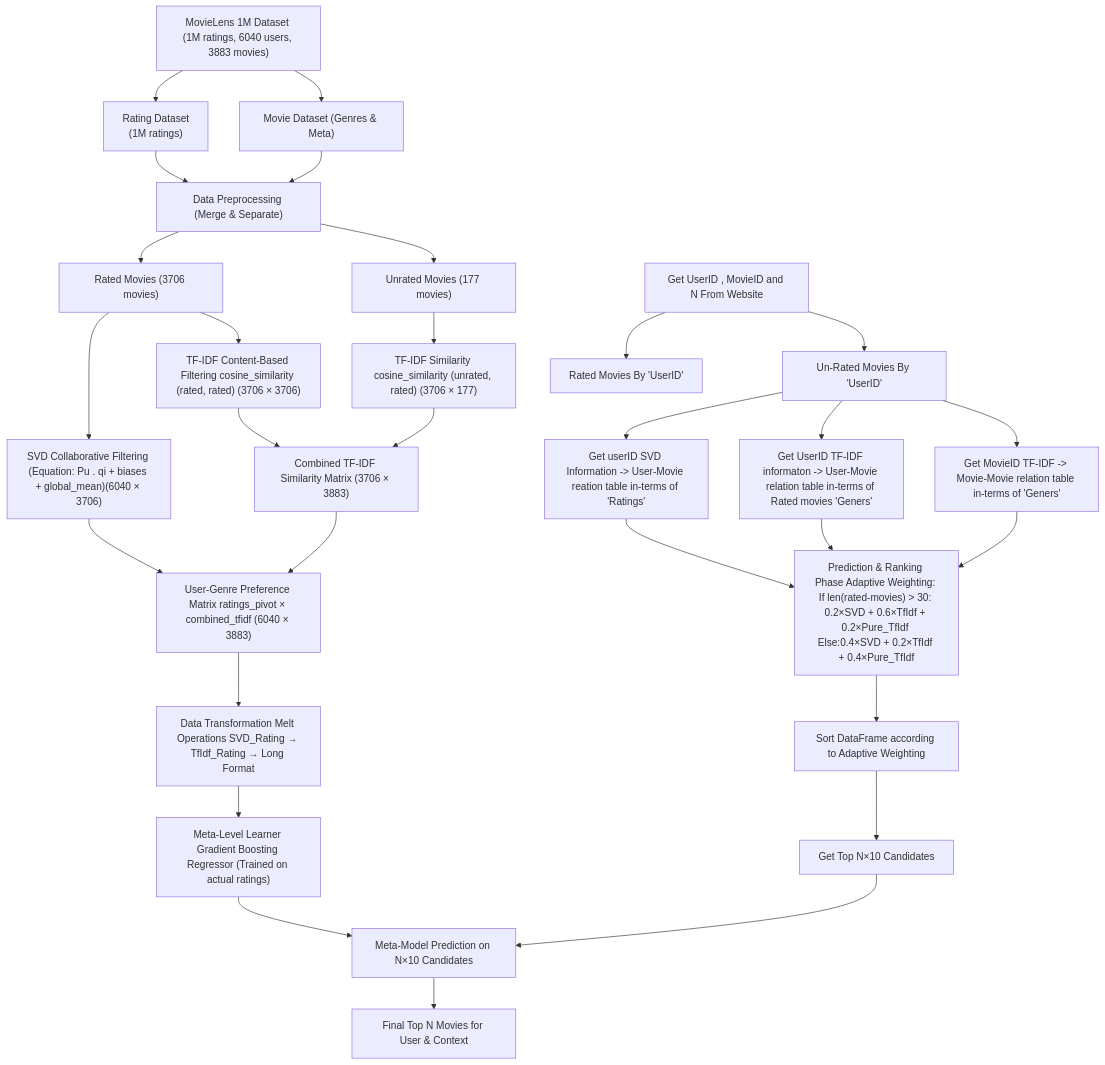
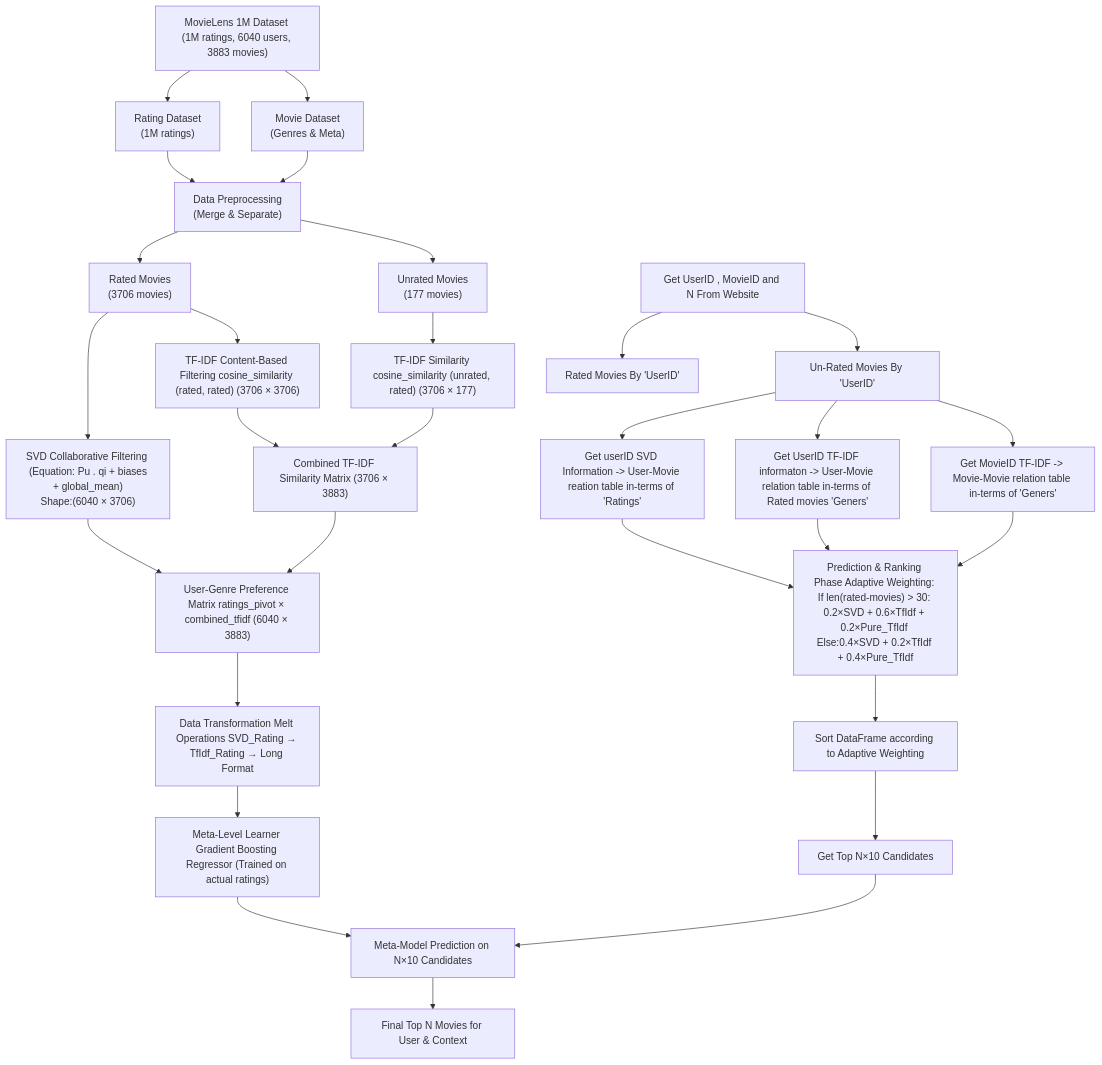
Before and after one commit to NiazMahmud2001/MetaLevel-HybridMovie-Recommender: the diagram in README.md, drawn with Mermaid.

````diff
--- a/README.md
+++ b/README.md
@@ -83,39 +83,38 @@
 ```mermaid
 graph TD
     A["MovieLens 1M Dataset (1M ratings, 6040 users, 3883 movies)"]
-    A --> B["Rating Dataset
-              (1M ratings)"]
-    A --> C["Movie Dataset (Genres & Meta)"]
-    B --> D["Data Preprocessing (Merge & Separate)"]
+    A --> B["Rating Dataset <br> (1M ratings)"]
+    A --> C["Movie Dataset <br> (Genres & Meta)"]
+    B --> D["Data Preprocessing <br> (Merge & Separate)"]
     C --> D
-    D --> E["Rated Movies (3706 movies)"]
-    D --> F["Unrated Movies (177 movies)"]
+    D --> E["Rated Movies <br> (3706 movies)"]
+    D --> F["Unrated Movies <br> (177 movies)"]
 
-    E --> G1["SVD Collaborative Filtering (Equation: Pu . qi + biases + global_mean)(6040 × 3706)"]
+    E --> G1["SVD Collaborative Filtering <br> (Equation: Pu . qi + biases + global_mean)<br>Shape:(6040 × 3706)"]
     E --> G2["TF-IDF Content-Based Filtering cosine_similarity (rated, rated) (3706 × 3706)"]
     F --> G3["TF-IDF Similarity cosine_similarity (unrated, rated) (3706 × 177)"]
 
     G2 --> H["Combined TF-IDF Similarity Matrix (3706 × 3883)"]
     G3 --> H
     G1 --> I
     H --> I["User-Genre Preference Matrix ratings_pivot × combined_tfidf (6040 × 3883)"]
     I --> J["Data Transformation Melt Operations SVD_Rating → TfIdf_Rating → Long Format"]
     J --> K["Meta-Level Learner Gradient Boosting Regressor (Trained on actual ratings)"]
 
     L["Get UserID , MovieID and N From Website"]
     L --> M["Rated Movies By 'UserID'"]
     L --> N["Un-Rated Movies By 'UserID'"]
     N --> O["Get userID SVD Information -> User-Movie reation table in-terms of 'Ratings' "]
     N --> P["Get UserID TF-IDF informaton -> User-Movie relation table in-terms of Rated movies 'Geners' "]
     N --> V["Get MovieID TF-IDF -> Movie-Movie relation table in-terms of 'Geners'"]
 
     Q["Prediction & Ranking Phase Adaptive Weighting: If len(rated-movies) > 30: 0.2×SVD + 0.6×TfIdf + 0.2×Pure_TfIdf Else:0.4×SVD + 0.2×TfIdf + 0.4×Pure_TfIdf"]
     O --> Q
     P --> Q
     V --> Q
     Q --> R["Sort DataFrame according to Adaptive Weighting"]
     R --> S["Get Top N×10 Candidates"]
     S --> T["Meta-Model Prediction on N×10 Candidates"]
     K --> T
     T --> U["Final Top N Movies for User & Context"]
 ```
````
